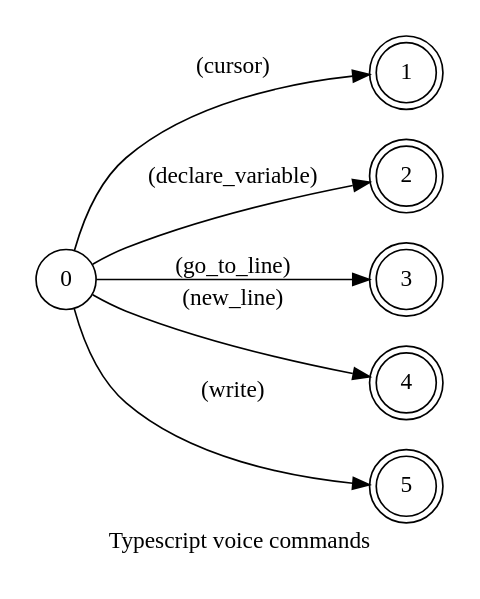
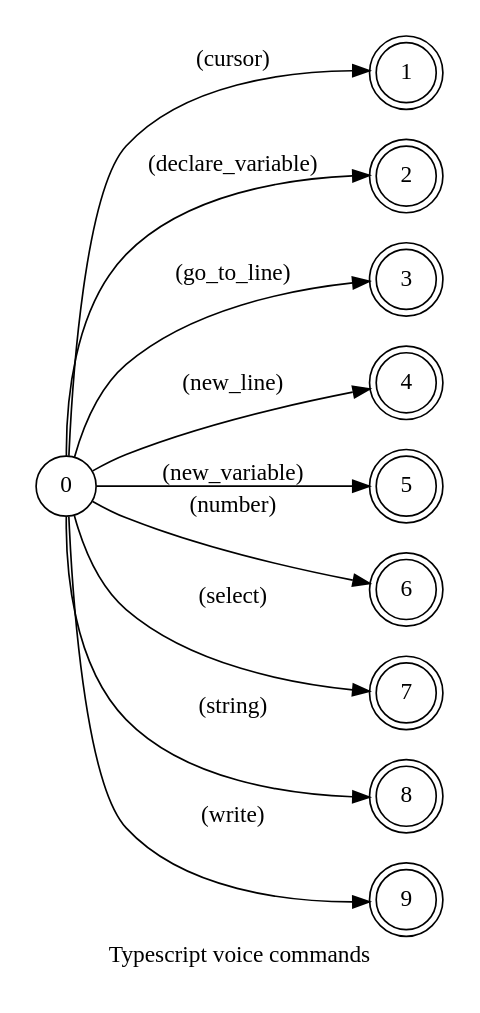
Before and after one commit to pedrooaugusto/speech-to-code: the diagram in spoken/src/modules/typescript/typescript.dot, drawn with Graphviz. The commit also changed 22 other files, not shown here.

```diff
--- a/spoken/src/modules/typescript/typescript.dot
+++ b/spoken/src/modules/typescript/typescript.dot
@@ -1,21 +1,25 @@
 digraph TypeScript {
     id="typescript";
     label="Typescript voice commands";
     lang="en-US";
     langName="English";
     pad="0.2";
     rankdir=LR;
     node[shape=circle]; 0;
     node[shape=doublecircle];
 
     // START GENERATED
     0 -> 1 [label="(cursor)"];
     0 -> 2 [label="(declare_variable)"];
     0 -> 3 [label="(go_to_line)"];
     0 -> 4 [label="(new_line)"];
-    0 -> 5 [label="(write)"];
+    0 -> 5 [label="(new_variable)"];
+    0 -> 6 [label="(number)"];
+    0 -> 7 [label="(select)"];
+    0 -> 8 [label="(string)"];
+    0 -> 9 [label="(write)"];
     // END GENERATED
 
     title="Typescript voice commands";
     desc="Collection of voice commands of the typescript language";
 }
```
